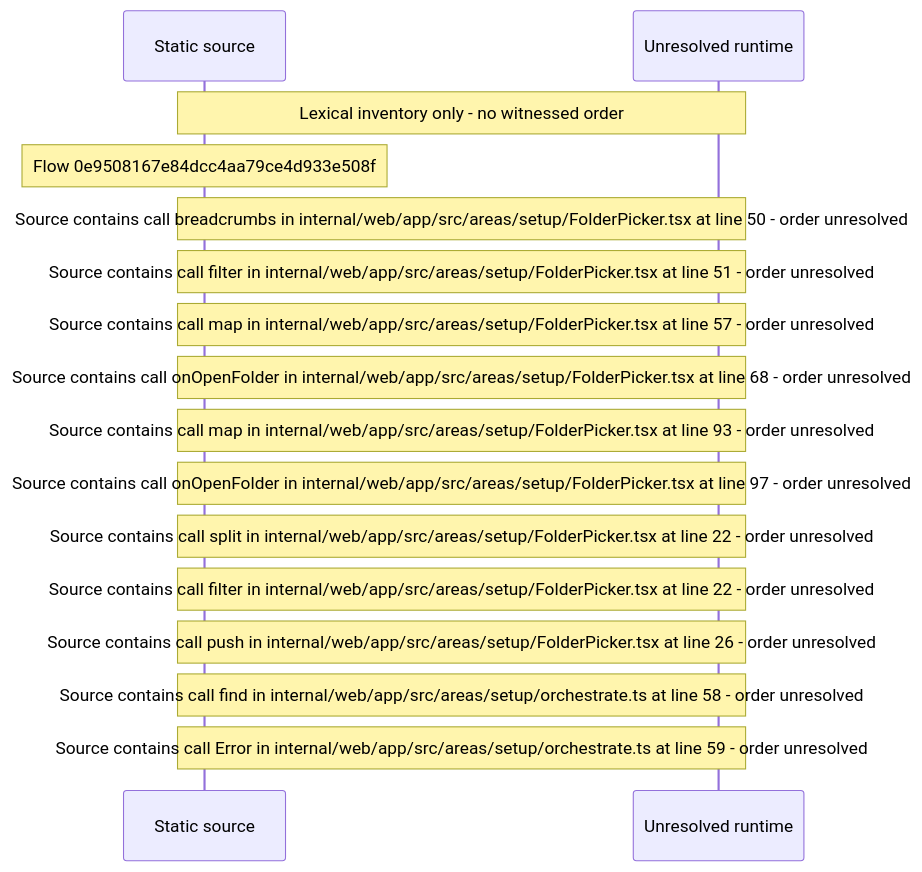
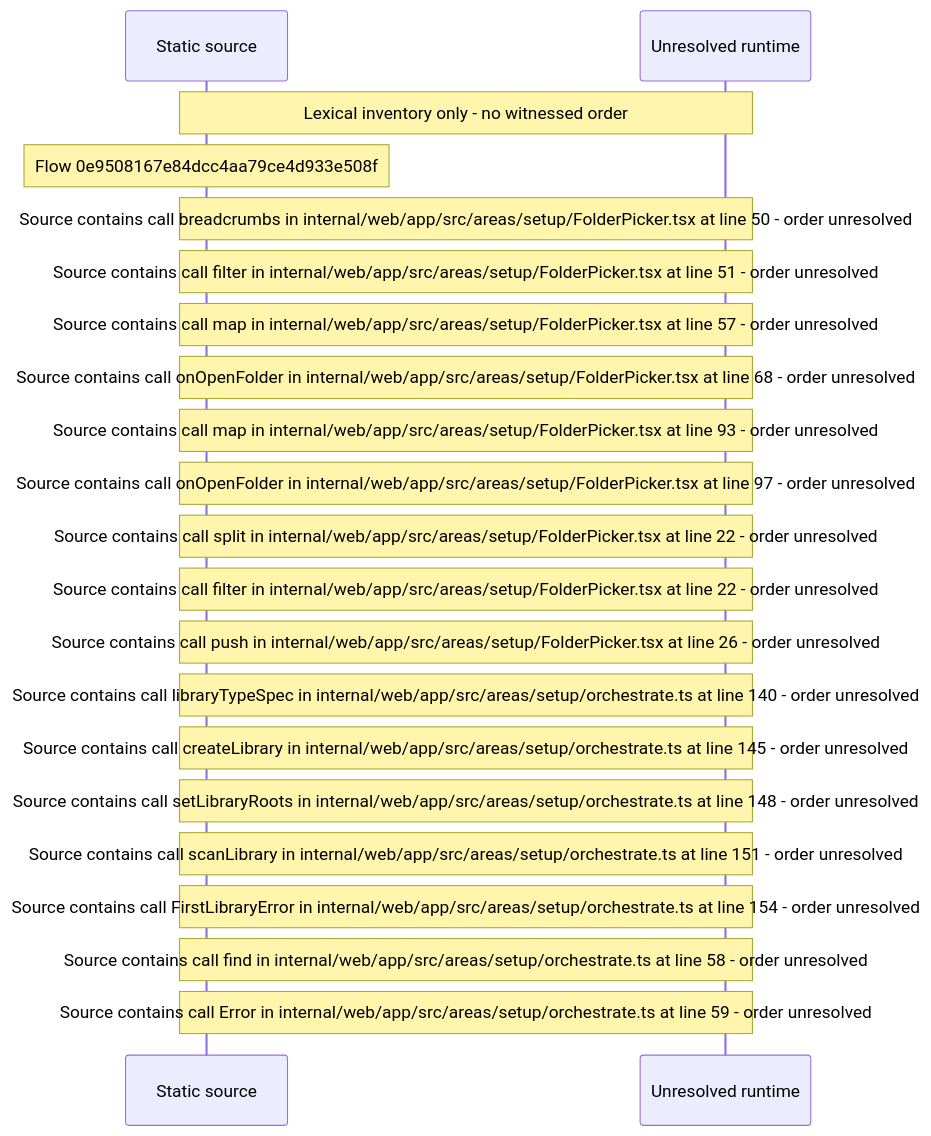
Before and after one commit to beamfall/core: the diagram in docs/web/flows/generated/0e9508167e84dcc4aa79ce4d933e508f/flow-diagram.md, drawn with Mermaid. The commit also changed other lines of this file and 699 other files, not shown here.

Commit message:
Regenerate the web flow record with flow generator version 5

````diff
--- a/docs/web/flows/generated/0e9508167e84dcc4aa79ce4d933e508f/flow-diagram.md
+++ b/docs/web/flows/generated/0e9508167e84dcc4aa79ce4d933e508f/flow-diagram.md
@@ -10,18 +10,23 @@
 ```mermaid
 sequenceDiagram
     participant S as Static source
     participant U as Unresolved runtime
     Note over S,U: Lexical inventory only - no witnessed order
     Note over S: Flow 0e9508167e84dcc4aa79ce4d933e508f
     Note over S,U: Source contains call breadcrumbs in internal/web/app/src/areas/setup/FolderPicker.tsx at line 50 - order unresolved
     Note over S,U: Source contains call filter in internal/web/app/src/areas/setup/FolderPicker.tsx at line 51 - order unresolved
     Note over S,U: Source contains call map in internal/web/app/src/areas/setup/FolderPicker.tsx at line 57 - order unresolved
     Note over S,U: Source contains call onOpenFolder in internal/web/app/src/areas/setup/FolderPicker.tsx at line 68 - order unresolved
     Note over S,U: Source contains call map in internal/web/app/src/areas/setup/FolderPicker.tsx at line 93 - order unresolved
     Note over S,U: Source contains call onOpenFolder in internal/web/app/src/areas/setup/FolderPicker.tsx at line 97 - order unresolved
     Note over S,U: Source contains call split in internal/web/app/src/areas/setup/FolderPicker.tsx at line 22 - order unresolved
     Note over S,U: Source contains call filter in internal/web/app/src/areas/setup/FolderPicker.tsx at line 22 - order unresolved
     Note over S,U: Source contains call push in internal/web/app/src/areas/setup/FolderPicker.tsx at line 26 - order unresolved
+    Note over S,U: Source contains call libraryTypeSpec in internal/web/app/src/areas/setup/orchestrate.ts at line 140 - order unresolved
+    Note over S,U: Source contains call createLibrary in internal/web/app/src/areas/setup/orchestrate.ts at line 145 - order unresolved
+    Note over S,U: Source contains call setLibraryRoots in internal/web/app/src/areas/setup/orchestrate.ts at line 148 - order unresolved
+    Note over S,U: Source contains call scanLibrary in internal/web/app/src/areas/setup/orchestrate.ts at line 151 - order unresolved
+    Note over S,U: Source contains call FirstLibraryError in internal/web/app/src/areas/setup/orchestrate.ts at line 154 - order unresolved
     Note over S,U: Source contains call find in internal/web/app/src/areas/setup/orchestrate.ts at line 58 - order unresolved
     Note over S,U: Source contains call Error in internal/web/app/src/areas/setup/orchestrate.ts at line 59 - order unresolved
 ```
````
